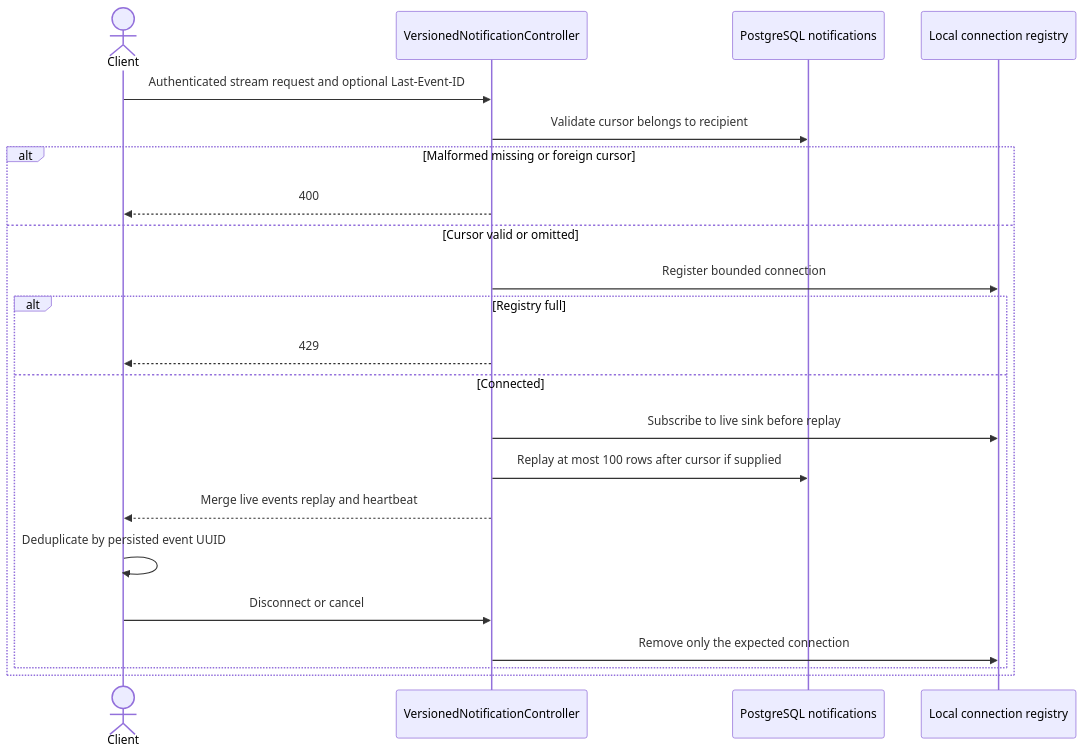
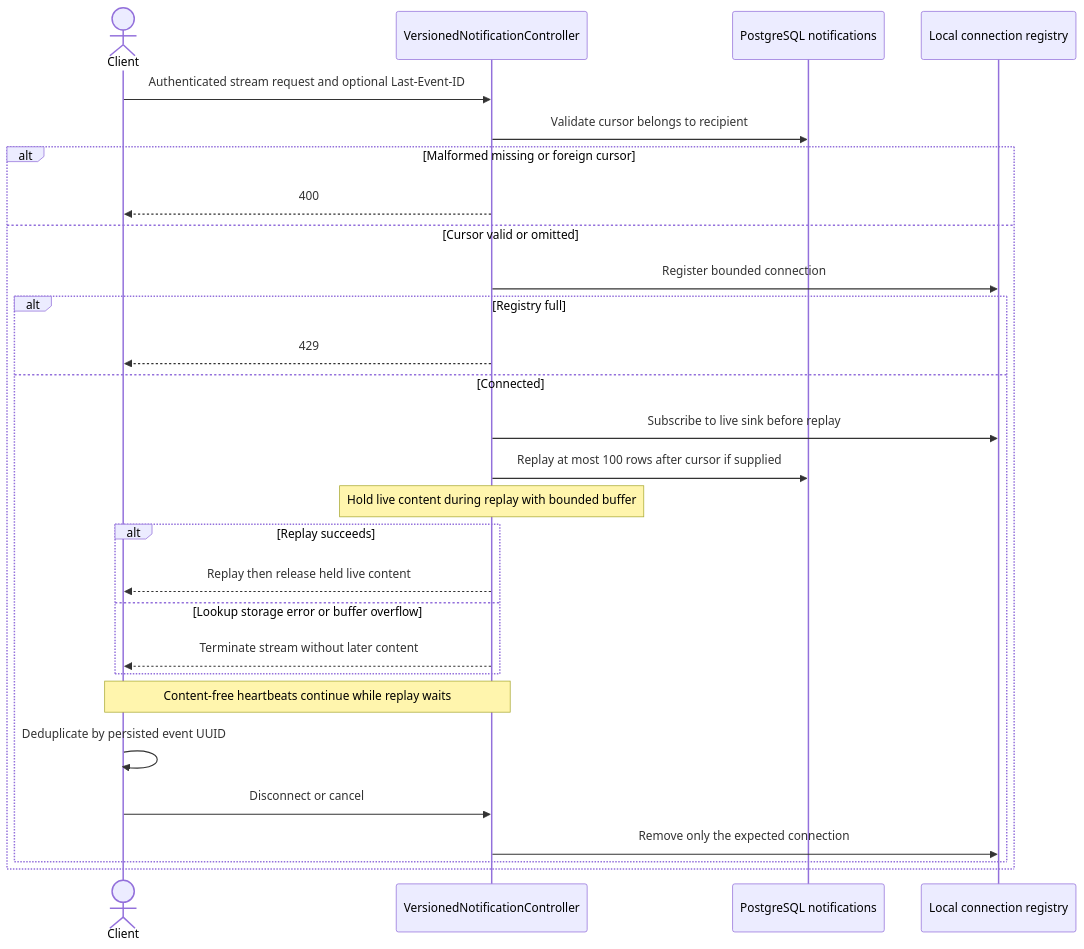
One commit to younessFathi/auto-parto changed diagram 18 of 32 in docs/technical-workflows.md. Above: the diagram before and after it, drawn with Mermaid. The commit also changed other lines of this file and 6 other files, not shown here.

````diff
--- a/docs/technical-workflows.md
+++ b/docs/technical-workflows.md
@@ -468,24 +468,30 @@
 ```mermaid
 sequenceDiagram
     actor Client
     participant API as VersionedNotificationController
     participant DB as PostgreSQL notifications
     participant Registry as Local connection registry
     Client->>API: Authenticated stream request and optional Last-Event-ID
     API->>DB: Validate cursor belongs to recipient
     alt Malformed missing or foreign cursor
         API-->>Client: 400
     else Cursor valid or omitted
         API->>Registry: Register bounded connection
         alt Registry full
             API-->>Client: 429
         else Connected
             API->>Registry: Subscribe to live sink before replay
             API->>DB: Replay at most 100 rows after cursor if supplied
-            API-->>Client: Merge live events replay and heartbeat
+            Note over API: Hold live content during replay with bounded buffer
+            alt Replay succeeds
+                API-->>Client: Replay then release held live content
+            else Lookup storage error or buffer overflow
+                API-->>Client: Terminate stream without later content
+            end
+            Note over API,Client: Content-free heartbeats continue while replay waits
             Client->>Client: Deduplicate by persisted event UUID
             Client->>API: Disconnect or cancel
             API->>Registry: Remove only the expected connection
         end
     end
 ```
````
